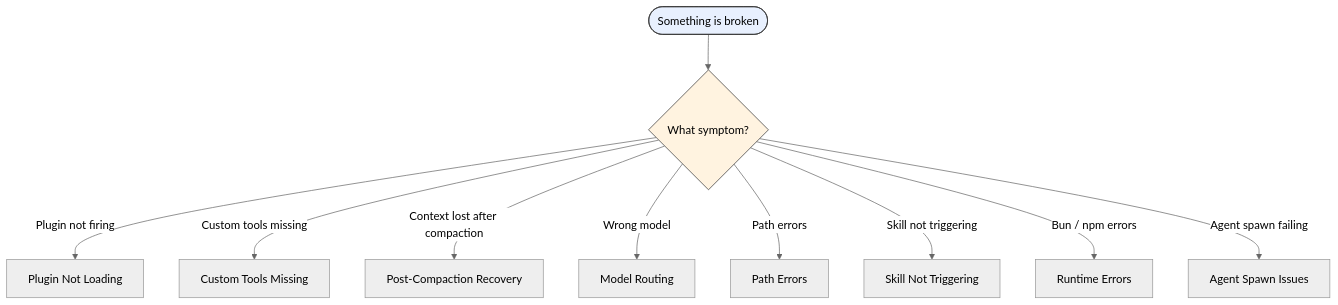
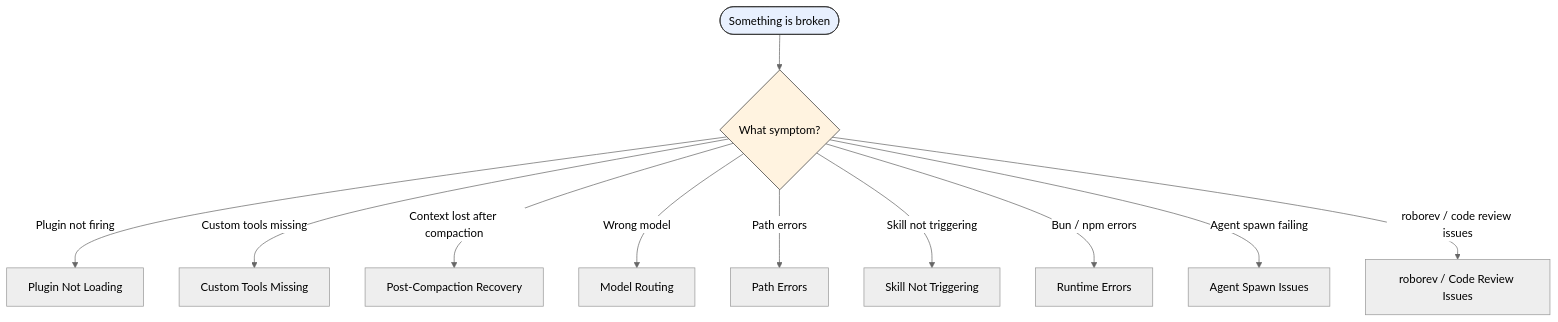
The diagram in docs/architecture/Troubleshooting.md (Steffen025/pai-opencode), drawn with Mermaid (neutral theme) before and after one commit. The commit also changed 5 other files, not shown here.

First line of the commit message:
fix(wp-n7): address CodeRabbit review findings

````diff
--- a/docs/architecture/Troubleshooting.md
+++ b/docs/architecture/Troubleshooting.md
@@ -47,15 +47,16 @@
 ```mermaid
 flowchart TD
     Start([Something is broken]) --> Q1{What symptom?}
     Q1 -->|Plugin not firing| PL[Plugin Not Loading]
     Q1 -->|Custom tools missing| CT[Custom Tools Missing]
     Q1 -->|Context lost after compaction| PC[Post-Compaction Recovery]
     Q1 -->|Wrong model| MR[Model Routing]
     Q1 -->|Path errors| PE[Path Errors]
     Q1 -->|Skill not triggering| SN[Skill Not Triggering]
     Q1 -->|Bun / npm errors| RE[Runtime Errors]
     Q1 -->|Agent spawn failing| AS[Agent Spawn Issues]
+    Q1 -->|roborev / code review issues| CR[roborev / Code Review Issues]
 
     style Start fill:#e8f0fe,stroke:#333
     style Q1 fill:#fff3e0,stroke:#333
 ```
````
